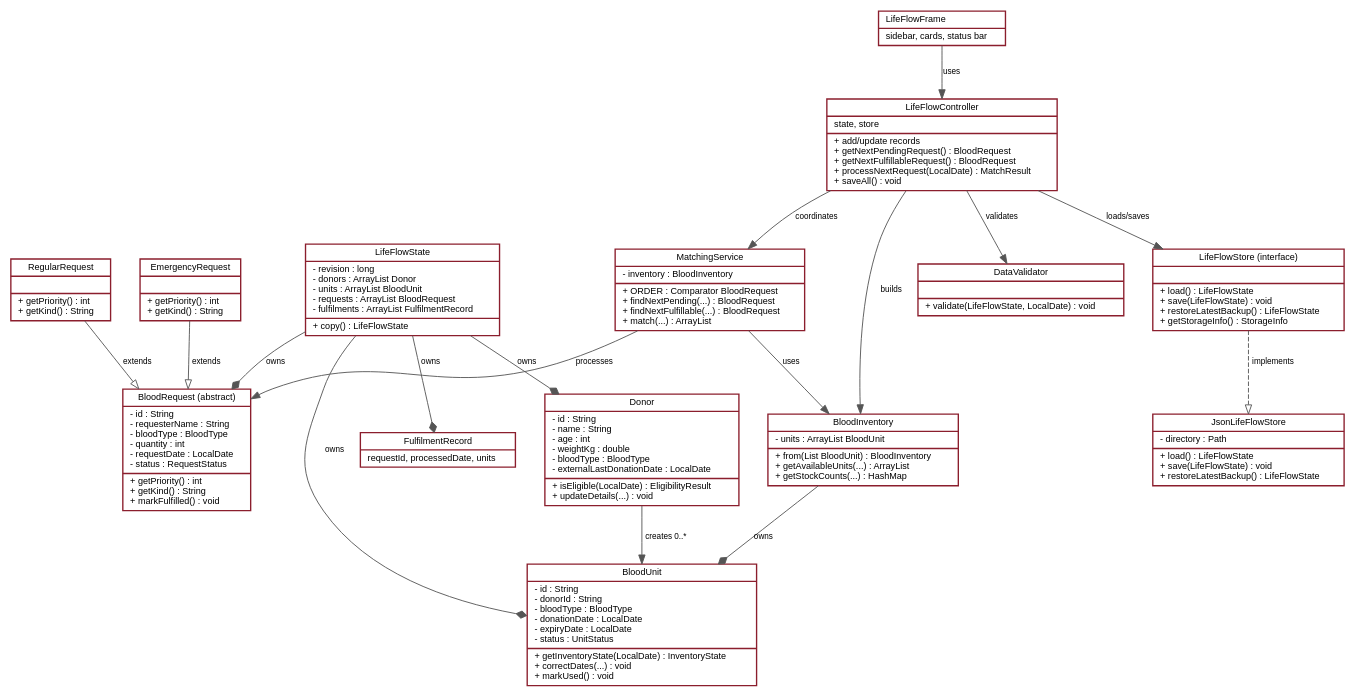
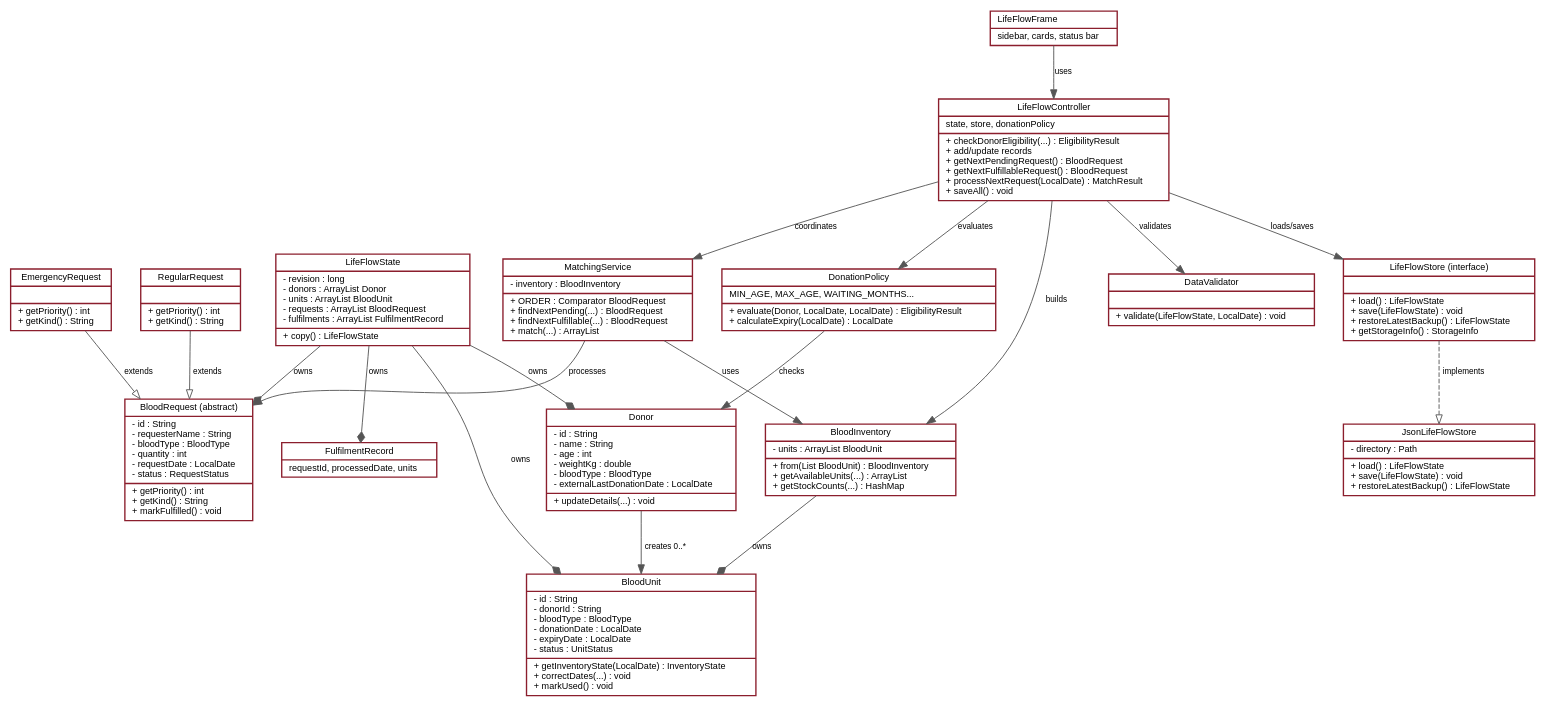
Before and after one commit to moha-r/LifeFlow: the diagram in docs/lifeflow-uml.dot, drawn with Graphviz. The commit also changed 1 other file, not shown here.

Commit message:
docs: move eligibility methods to their real owners
DonationPolicy.evaluate and LifeFlowController.checkDonorEligibility are
the actual rule entry points; Donor has no isEligible method. Update the
UML diagram and architecture.md accordingly.

```diff
--- a/docs/lifeflow-uml.dot
+++ b/docs/lifeflow-uml.dot
@@ -1,37 +1,40 @@
 digraph LifeFlow {
   graph [rankdir=TB, bgcolor="white", nodesep=0.45, ranksep=0.65];
   node [shape=record, fontname="Helvetica", fontsize=10, color="#8b1e2d", penwidth=1.5];
   edge [fontname="Helvetica", fontsize=9, color="#555555"];
 
   BloodRequest [label="{BloodRequest (abstract)|- id : String\l- requesterName : String\l- bloodType : BloodType\l- quantity : int\l- requestDate : LocalDate\l- status : RequestStatus\l|+ getPriority() : int\l+ getKind() : String\l+ markFulfilled() : void\l}"];
   RegularRequest [label="{RegularRequest||+ getPriority() : int\l+ getKind() : String\l}"];
   EmergencyRequest [label="{EmergencyRequest||+ getPriority() : int\l+ getKind() : String\l}"];
-  Donor [label="{Donor|- id : String\l- name : String\l- age : int\l- weightKg : double\l- bloodType : BloodType\l- externalLastDonationDate : LocalDate\l|+ isEligible(LocalDate) : EligibilityResult\l+ updateDetails(...) : void\l}"];
+  Donor [label="{Donor|- id : String\l- name : String\l- age : int\l- weightKg : double\l- bloodType : BloodType\l- externalLastDonationDate : LocalDate\l|+ updateDetails(...) : void\l}"];
+  DonationPolicy [label="{DonationPolicy|MIN_AGE, MAX_AGE, WAITING_MONTHS...\l|+ evaluate(Donor, LocalDate, LocalDate) : EligibilityResult\l+ calculateExpiry(LocalDate) : LocalDate\l}"];
   BloodUnit [label="{BloodUnit|- id : String\l- donorId : String\l- bloodType : BloodType\l- donationDate : LocalDate\l- expiryDate : LocalDate\l- status : UnitStatus\l|+ getInventoryState(LocalDate) : InventoryState\l+ correctDates(...) : void\l+ markUsed() : void\l}"];
   LifeFlowState [label="{LifeFlowState|- revision : long\l- donors : ArrayList Donor\l- units : ArrayList BloodUnit\l- requests : ArrayList BloodRequest\l- fulfilments : ArrayList FulfilmentRecord\l|+ copy() : LifeFlowState\l}"];
   BloodInventory [label="{BloodInventory|- units : ArrayList BloodUnit\l|+ from(List BloodUnit) : BloodInventory\l+ getAvailableUnits(...) : ArrayList\l+ getStockCounts(...) : HashMap\l}"];
   MatchingService [label="{MatchingService|- inventory : BloodInventory\l|+ ORDER : Comparator BloodRequest\l+ findNextPending(...) : BloodRequest\l+ findNextFulfillable(...) : BloodRequest\l+ match(...) : ArrayList\l}"];
   DataValidator [label="{DataValidator||+ validate(LifeFlowState, LocalDate) : void\l}"];
   LifeFlowStore [label="{LifeFlowStore (interface)||+ load() : LifeFlowState\l+ save(LifeFlowState) : void\l+ restoreLatestBackup() : LifeFlowState\l+ getStorageInfo() : StorageInfo\l}"];
   JsonLifeFlowStore [label="{JsonLifeFlowStore|- directory : Path\l|+ load() : LifeFlowState\l+ save(LifeFlowState) : void\l+ restoreLatestBackup() : LifeFlowState\l}"];
-  LifeFlowController [label="{LifeFlowController|state, store\l|+ add/update records\l+ getNextPendingRequest() : BloodRequest\l+ getNextFulfillableRequest() : BloodRequest\l+ processNextRequest(LocalDate) : MatchResult\l+ saveAll() : void\l}"];
+  LifeFlowController [label="{LifeFlowController|state, store, donationPolicy\l|+ checkDonorEligibility(...) : EligibilityResult\l+ add/update records\l+ getNextPendingRequest() : BloodRequest\l+ getNextFulfillableRequest() : BloodRequest\l+ processNextRequest(LocalDate) : MatchResult\l+ saveAll() : void\l}"];
   LifeFlowFrame [label="{LifeFlowFrame\l|sidebar, cards, status bar\l}"];
   FulfilmentRecord [label="{FulfilmentRecord|requestId, processedDate, units\l}"];
 
   RegularRequest -> BloodRequest [arrowhead=empty, label="extends"];
   EmergencyRequest -> BloodRequest [arrowhead=empty, label="extends"];
   Donor -> BloodUnit [label="creates 0..*"];
   LifeFlowState -> Donor [arrowhead=diamond, label="owns"];
   LifeFlowState -> BloodUnit [arrowhead=diamond, label="owns"];
   LifeFlowState -> BloodRequest [arrowhead=diamond, label="owns"];
   LifeFlowState -> FulfilmentRecord [arrowhead=diamond, label="owns"];
   BloodInventory -> BloodUnit [arrowhead=diamond, label="owns"];
   MatchingService -> BloodInventory [label="uses"];
   MatchingService -> BloodRequest [label="processes"];
   LifeFlowStore -> JsonLifeFlowStore [arrowhead=empty, style=dashed, label="implements"];
   LifeFlowController -> MatchingService [label="coordinates"];
   LifeFlowController -> BloodInventory [label="builds"];
   LifeFlowController -> DataValidator [label="validates"];
+  LifeFlowController -> DonationPolicy [label="evaluates"];
   LifeFlowController -> LifeFlowStore [label="loads/saves"];
+  DonationPolicy -> Donor [label="checks"];
   LifeFlowFrame -> LifeFlowController [label="uses"];
 }
```
